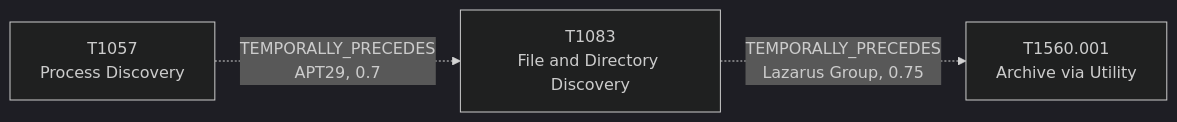
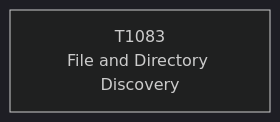
One commit to HungryBrain-bot/attackKnowledgeGraph changed the diagram in docs/attack-patterns/T1083-file-and-directory-discovery.md. Above: the diagram before and after it, drawn with Mermaid (dark theme). The commit also changed other lines of this file and 22 other files, not shown here.

First line of the commit message:
fix: re-audit all 17 semantic edges against primary sources; keep 5

````diff
--- a/docs/attack-patterns/T1083-file-and-directory-discovery.md
+++ b/docs/attack-patterns/T1083-file-and-directory-discovery.md
@@ -57,8 +65,5 @@
 ```mermaid
 flowchart LR
     T_T1083["T1083<br/>File and Directory Discovery"]
-    T_T1057["T1057<br/>Process Discovery"]
-    T_T1560_001["T1560.001<br/>Archive via Utility"]
-    T_T1057 -.->|"TEMPORALLY_PRECEDES<br/>APT29, 0.7"| T_T1083
-    T_T1083 -.->|"TEMPORALLY_PRECEDES<br/>Lazarus Group, 0.75"| T_T1560_001
+    %% no semantic edges touch T1083 yet
 ```
````
